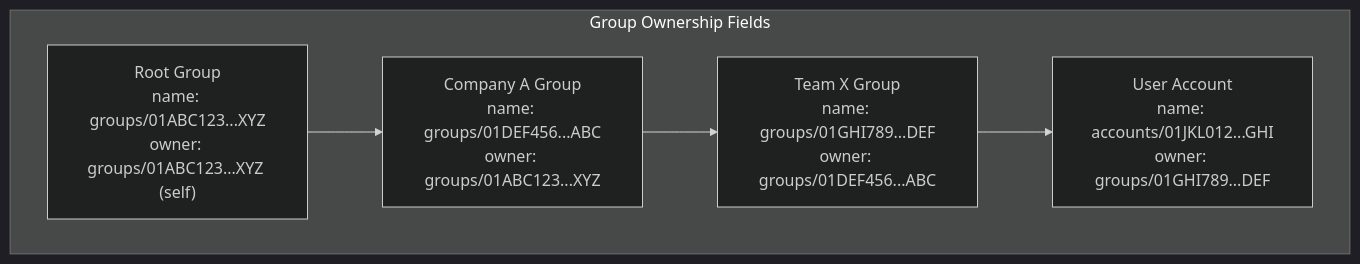
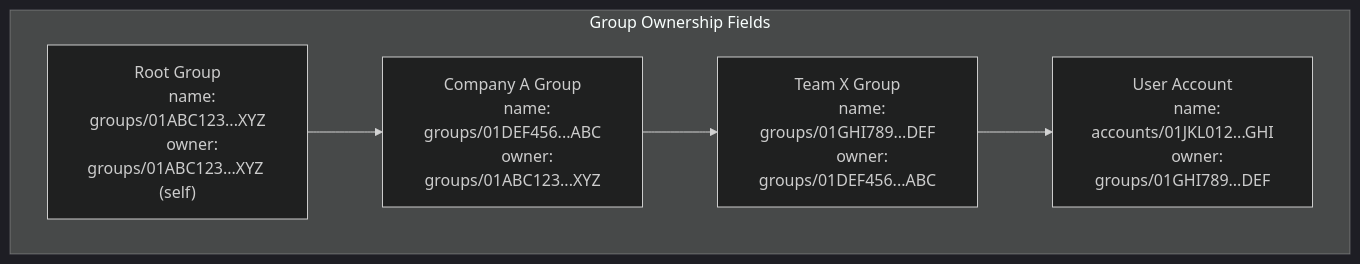
The first of 8 diagrams in docs/docs/architecture/group-ownership.mdx (meshtrade/api), drawn with Mermaid (dark theme) before and after one commit. The commit also changed other lines of this file, not shown here.

First line of the commit message:
fix: replace HTML <br/> tags with proper line breaks in mermaid diagrams

````diff
--- a/docs/docs/architecture/group-ownership.mdx
+++ b/docs/docs/architecture/group-ownership.mdx
@@ -57,16 +59,24 @@
 ```mermaid
 graph TD
     subgraph "Group Ownership Fields"
-        Root["Root Group<br/>name: groups/01ABC123...XYZ<br/>owner: groups/01ABC123...XYZ (self)"]
-        
-        CompanyA["Company A Group<br/>name: groups/01DEF456...ABC<br/>owner: groups/01ABC123...XYZ"]
-        
-        TeamX["Team X Group<br/>name: groups/01GHI789...DEF<br/>owner: groups/01DEF456...ABC"]
-        
-        Account["User Account<br/>name: accounts/01JKL012...GHI<br/>owner: groups/01GHI789...DEF"]
-        
+        Root["Root Group
+        name: groups/01ABC123...XYZ
+        owner: groups/01ABC123...XYZ (self)"]
+
+        CompanyA["Company A Group
+        name: groups/01DEF456...ABC
+        owner: groups/01ABC123...XYZ"]
+
+        TeamX["Team X Group
+        name: groups/01GHI789...DEF
+        owner: groups/01DEF456...ABC"]
+
+        Account["User Account
+        name: accounts/01JKL012...GHI
+        owner: groups/01GHI789...DEF"]
+
         Root --> CompanyA
         CompanyA --> TeamX
         TeamX --> Account
     end
 ```
````
